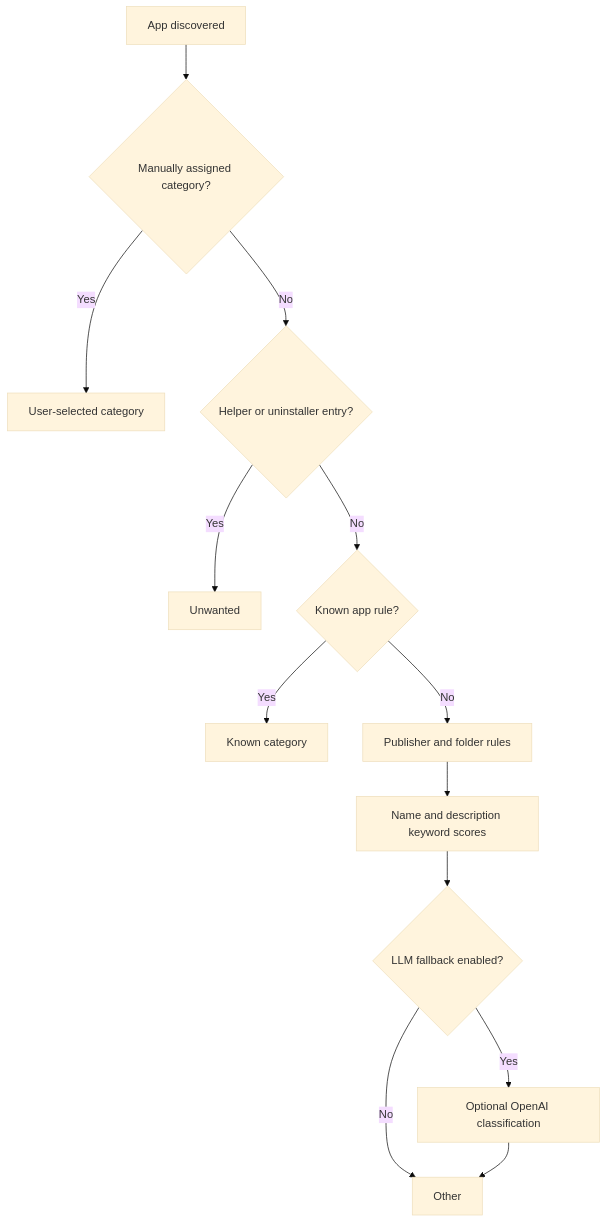
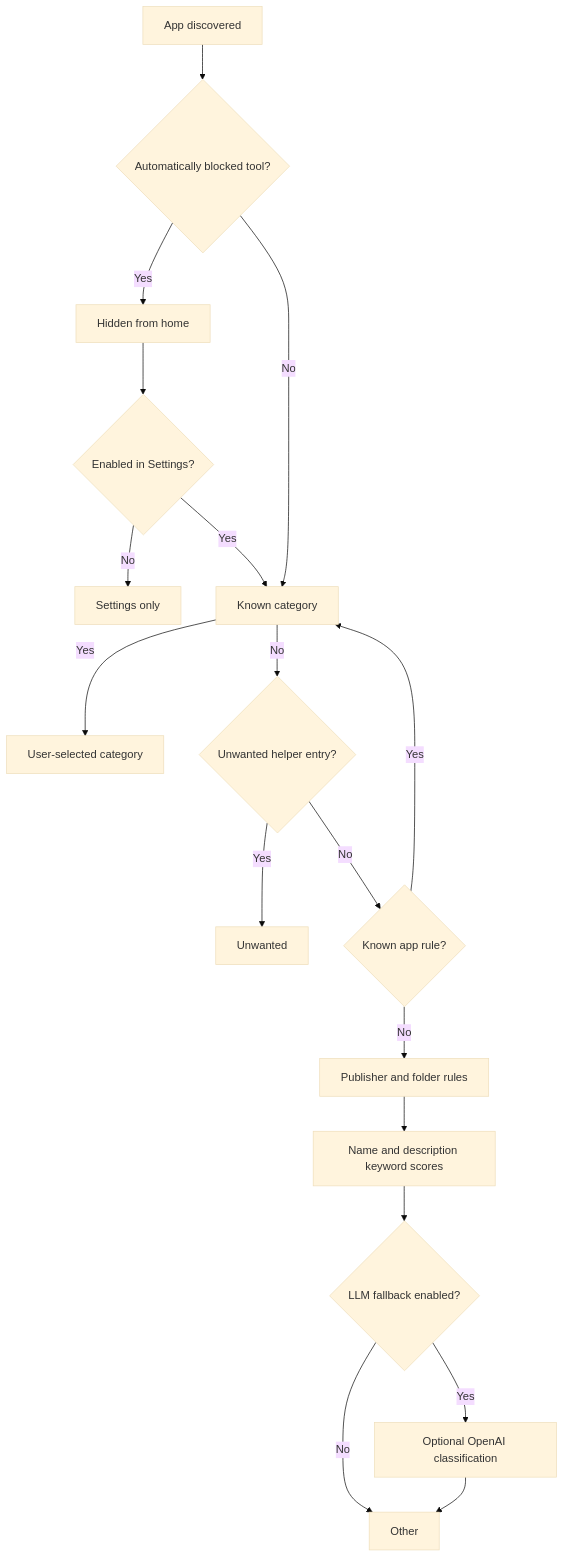
The first of 2 diagrams in README.md (mustafawiped/Sheriff), drawn with Mermaid (base theme) before and after one commit. The commit also changed other lines of this file and 23 other files, not shown here.

```diff
--- a/README.md
+++ b/README.md
@@ -70,15 +76,20 @@
 ~~~mermaid
 flowchart TD
-    A[App discovered] --> B{Manually assigned category?}
-    B -- Yes --> U[User-selected category]
-    B -- No --> J{Helper or uninstaller entry?}
+    A[App discovered] --> B{Automatically blocked tool?}
+    B -- Yes --> H[Hidden from home]
+    H --> E{Enabled in Settings?}
+    E -- No --> S[Settings only]
+    E -- Yes --> C{Manually assigned category?}
+    B -- No --> C
+    C -- Yes --> U[User-selected category]
+    C -- No --> J{Unwanted helper entry?}
     J -- Yes --> X[Unwanted]
     J -- No --> K{Known app rule?}
     K -- Yes --> C[Known category]
     K -- No --> P[Publisher and folder rules]
     P --> W[Name and description keyword scores]
     W --> L{LLM fallback enabled?}
     L -- Yes --> O[Optional OpenAI classification]
     L -- No --> D[Other]
     O --> D
 ~~~
```
